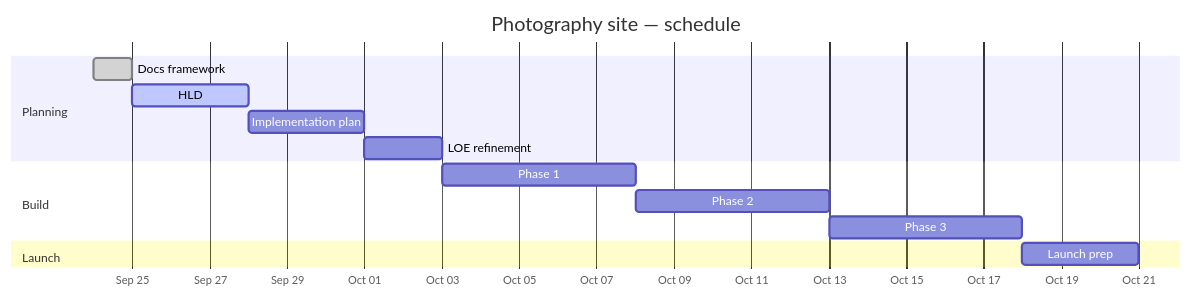
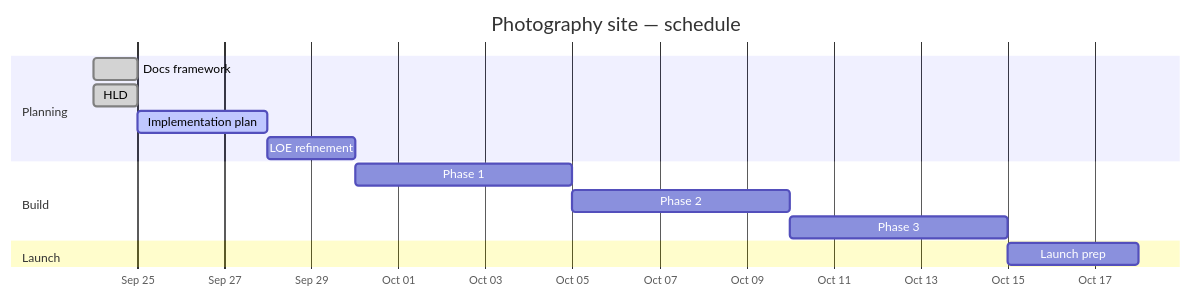
The diagram in docs/PROGRESS.md (cjlawson02/photography), drawn with Mermaid before and after one commit. The commit also changed other lines of this file and 1 other file, not shown here.

First line of the commit message:
Document Cloudflare HLD for the photography site rebuild.

````diff
--- a/docs/PROGRESS.md
+++ b/docs/PROGRESS.md
@@ -18,20 +18,20 @@
 ```mermaid
 gantt
   title Photography site — schedule
   dateFormat YYYY-MM-DD
   axisFormat %b %d
 
   section Planning
   Docs framework           :done,    docs, 2026-09-24, 1d
-  HLD                      :active,  hld,  2026-09-25, 3d
-  Implementation plan      :         impl, after hld, 3d
+  HLD                      :done,    hld,  2026-09-24, 1d
+  Implementation plan      :active,  impl, after hld, 3d
   LOE refinement           :         loe,  after impl, 2d
 
   section Build
   Phase 1                  :         p1, after loe, 5d
   Phase 2                  :         p2, after p1, 5d
   Phase 3                  :         p3, after p2, 5d
 
   section Launch
   Launch prep              :         launch, after p3, 3d
 ```
````
